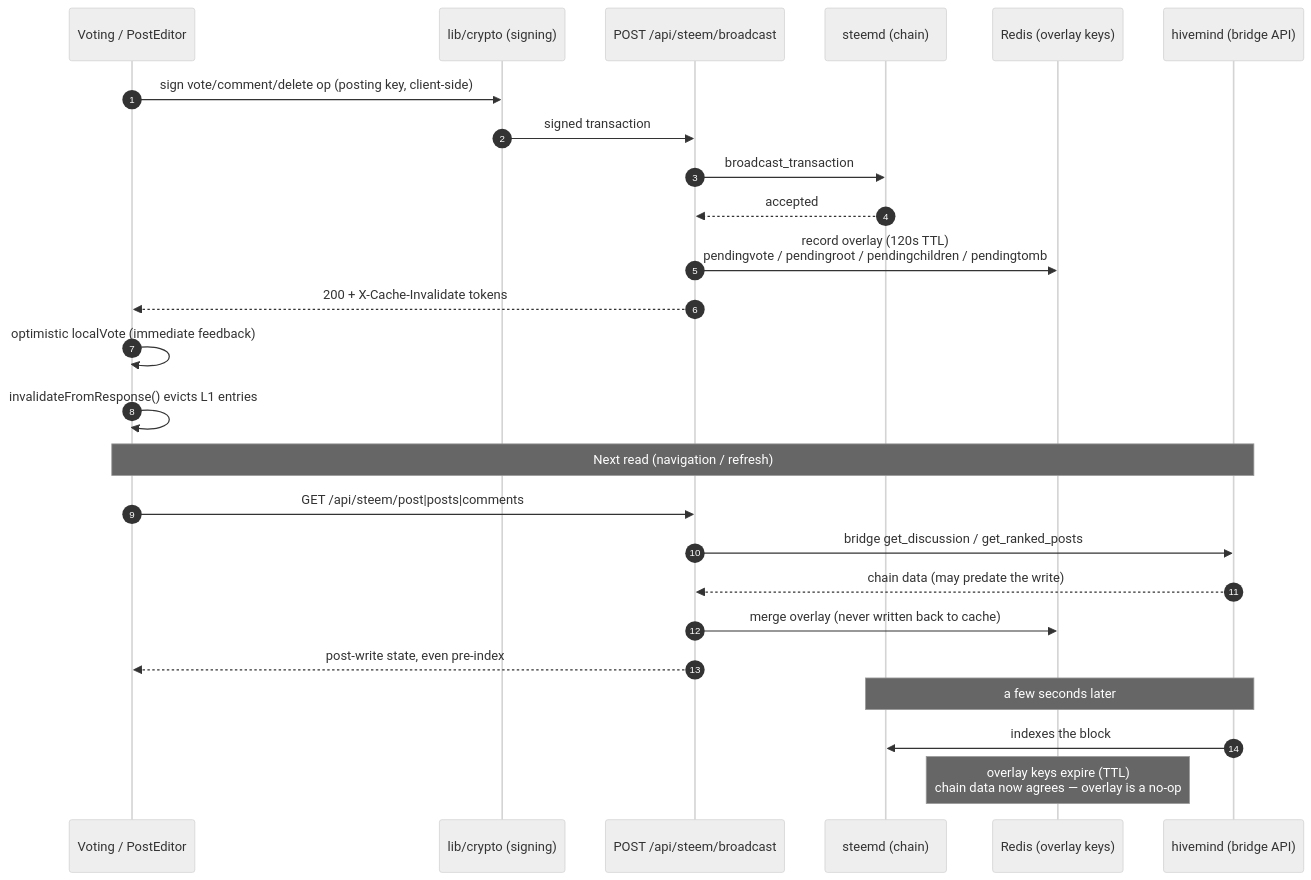
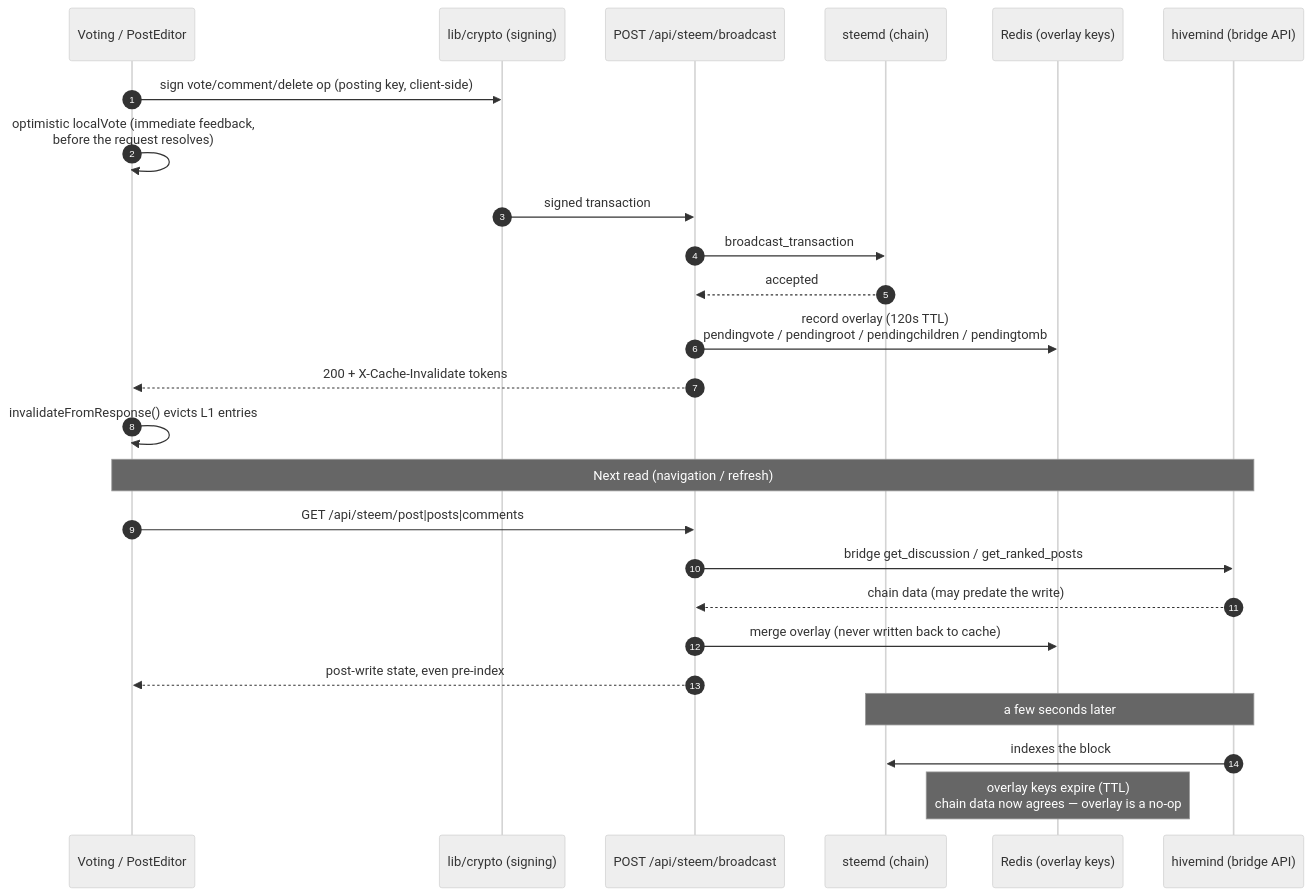
Before and after one commit to steemit/condenser: the first of 3 diagrams in docs/VOTE_STATE_FLOW.md, drawn with Mermaid (neutral theme). The commit also changed other lines of this file, not shown here.

First line of the commit message:
docs: correct VOTE_STATE_FLOW after fact-check review

````diff
--- a/docs/VOTE_STATE_FLOW.md
+++ b/docs/VOTE_STATE_FLOW.md
@@ -22,30 +22,30 @@
 ```mermaid
 sequenceDiagram
     autonumber
     participant UI as Voting / PostEditor
     participant C as lib/crypto (signing)
     participant B as POST /api/steem/broadcast
     participant D as steemd (chain)
     participant R as Redis (overlay keys)
     participant H as hivemind (bridge API)
 
     UI->>C: sign vote/comment/delete op (posting key, client-side)
+    UI->>UI: optimistic localVote (immediate feedback,<br/>before the request resolves)
     C->>B: signed transaction
     B->>D: broadcast_transaction
     D-->>B: accepted
     B->>R: record overlay (120s TTL)<br/>pendingvote / pendingroot / pendingchildren / pendingtomb
     B-->>UI: 200 + X-Cache-Invalidate tokens
-    UI->>UI: optimistic localVote (immediate feedback)
     UI->>UI: invalidateFromResponse() evicts L1 entries
 
     Note over UI,H: Next read (navigation / refresh)
     UI->>B: GET /api/steem/post|posts|comments
     B->>H: bridge get_discussion / get_ranked_posts
     H-->>B: chain data (may predate the write)
     B->>R: merge overlay (never written back to cache)
     B-->>UI: post-write state, even pre-index
 
     Note over D,H: a few seconds later
     H->>D: indexes the block
     Note over R: overlay keys expire (TTL)<br/>chain data now agrees — overlay is a no-op
 ```
````
